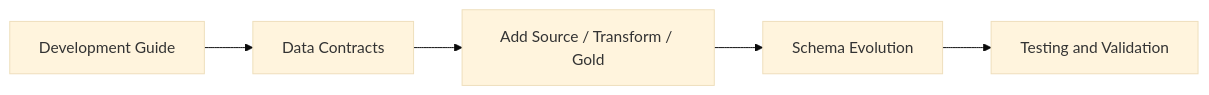
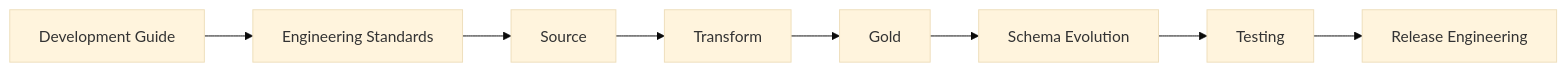
Diagram 11 of 12 in docs/README.md (tks18/personal-finance-etl), drawn with Mermaid (base theme) before and after one commit. The commit also changed other lines of this file, not shown here.

````diff
--- a/docs/README.md
+++ b/docs/README.md
@@ -127,4 +322,4 @@
 ```mermaid
 flowchart LR
-    A["Development Guide"] --> B["Data Contracts"] --> C["Add Source / Transform / Gold"] --> D["Schema Evolution"] --> E["Testing and Validation"]
+    G["Development Guide"] --> S["Engineering Standards"] --> SRC["Source"] --> TR["Transform"] --> GOL["Gold"] --> EV["Schema Evolution"] --> T["Testing"] --> REL["Release Engineering"]
 ```
````
